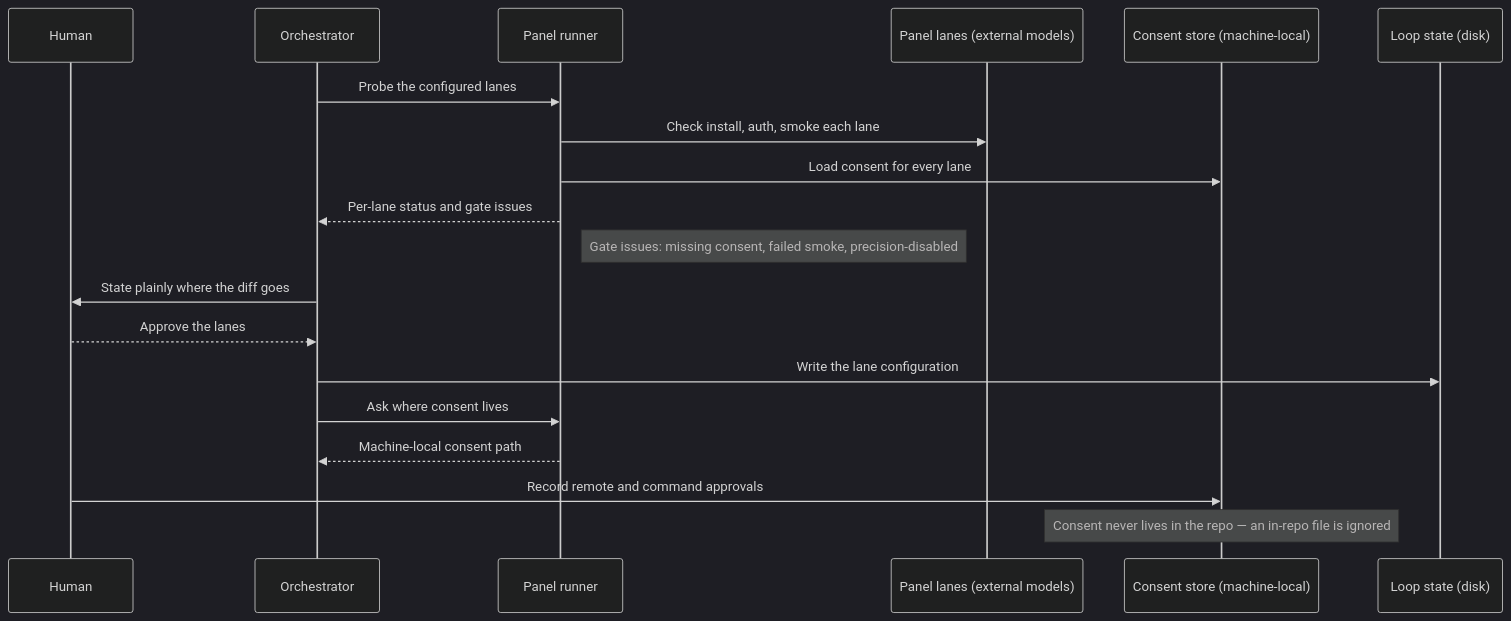
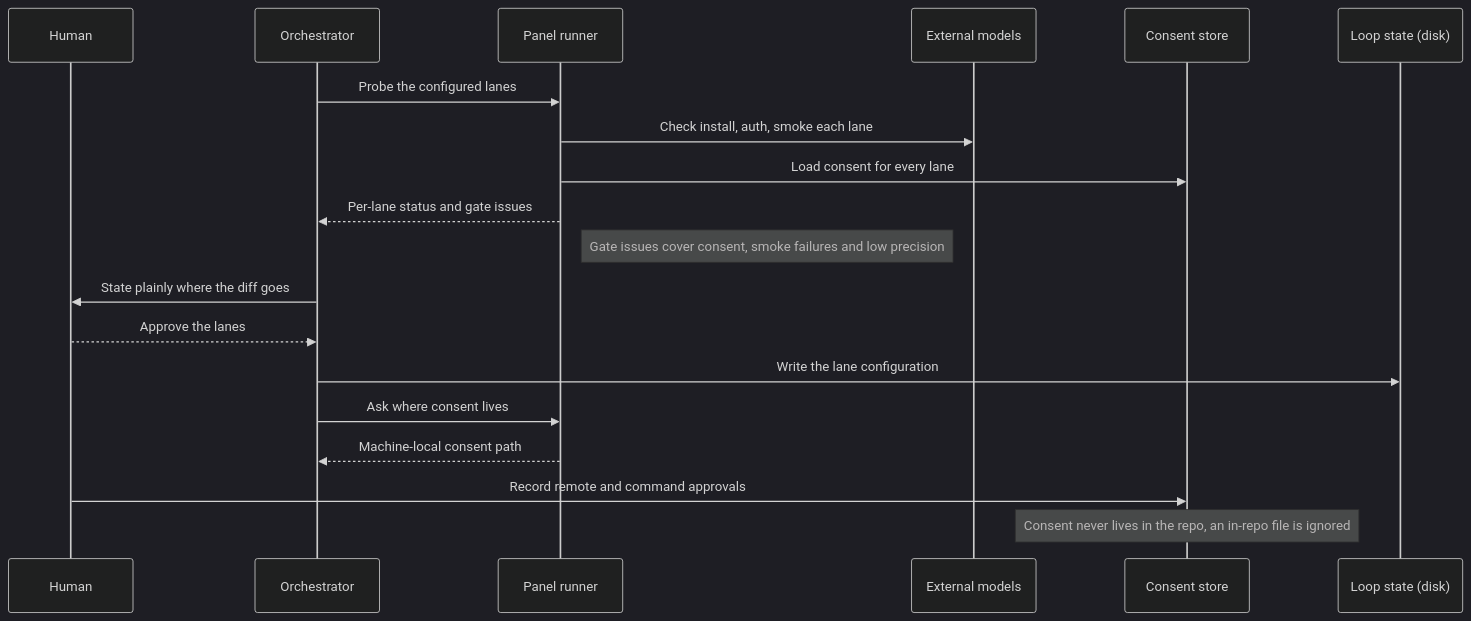
Diagram 19 of 30 in docs/architecture/review-loop-tools.md (peterlit/quiller-claude-plugins), drawn with Mermaid (dark theme) before and after one commit. The commit also changed other lines of this file and 5 other files, not shown here.

````diff
--- a/docs/architecture/review-loop-tools.md
+++ b/docs/architecture/review-loop-tools.md
@@ -949,22 +1625,22 @@
 ```mermaid
 sequenceDiagram
     participant H as Human
     participant O as Orchestrator
     participant P as Panel runner
-    participant X as Panel lanes (external models)
-    participant C as Consent store (machine-local)
+    participant X as External models
+    participant C as Consent store
     participant S as Loop state (disk)
 
     O->>P: Probe the configured lanes
     P->>X: Check install, auth, smoke each lane
     P->>C: Load consent for every lane
     P-->>O: Per-lane status and gate issues
-    Note right of P: Gate issues: missing consent, failed smoke, precision-disabled
+    Note right of P: Gate issues cover consent, smoke failures and low precision
     O->>H: State plainly where the diff goes
     H-->>O: Approve the lanes
     O->>S: Write the lane configuration
     O->>P: Ask where consent lives
     P-->>O: Machine-local consent path
     H->>C: Record remote and command approvals
-    Note over C: Consent never lives in the repo — an in-repo file is ignored
+    Note over C: Consent never lives in the repo, an in-repo file is ignored
 ```
````
